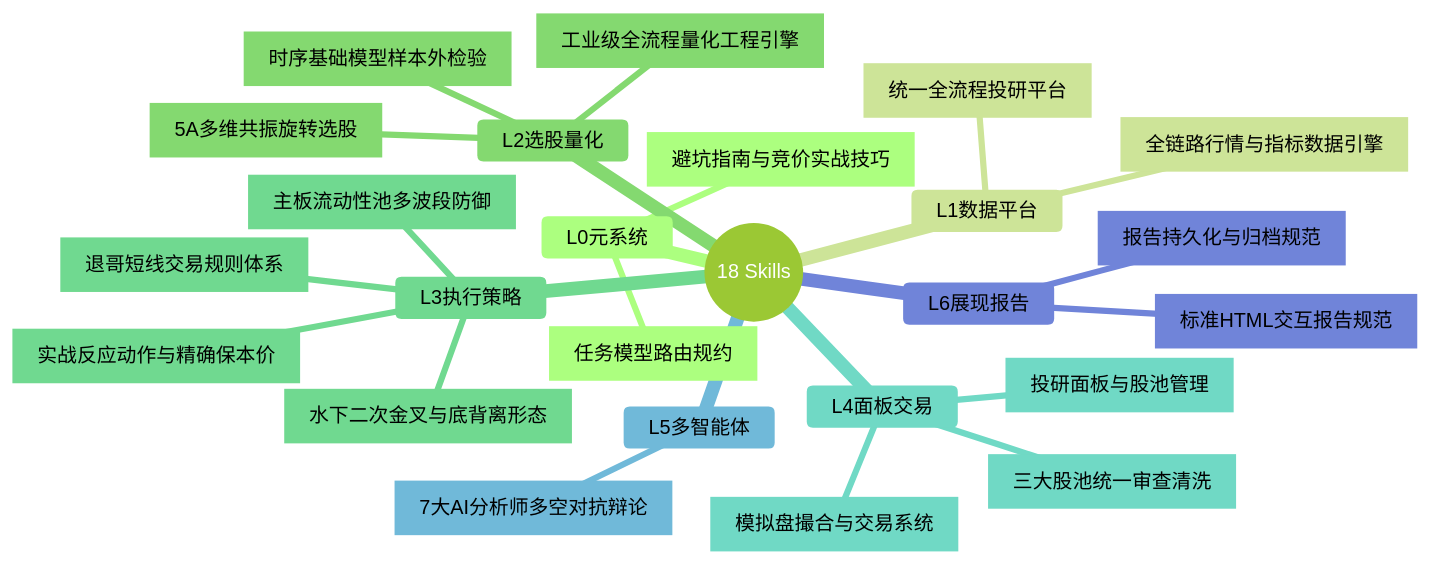
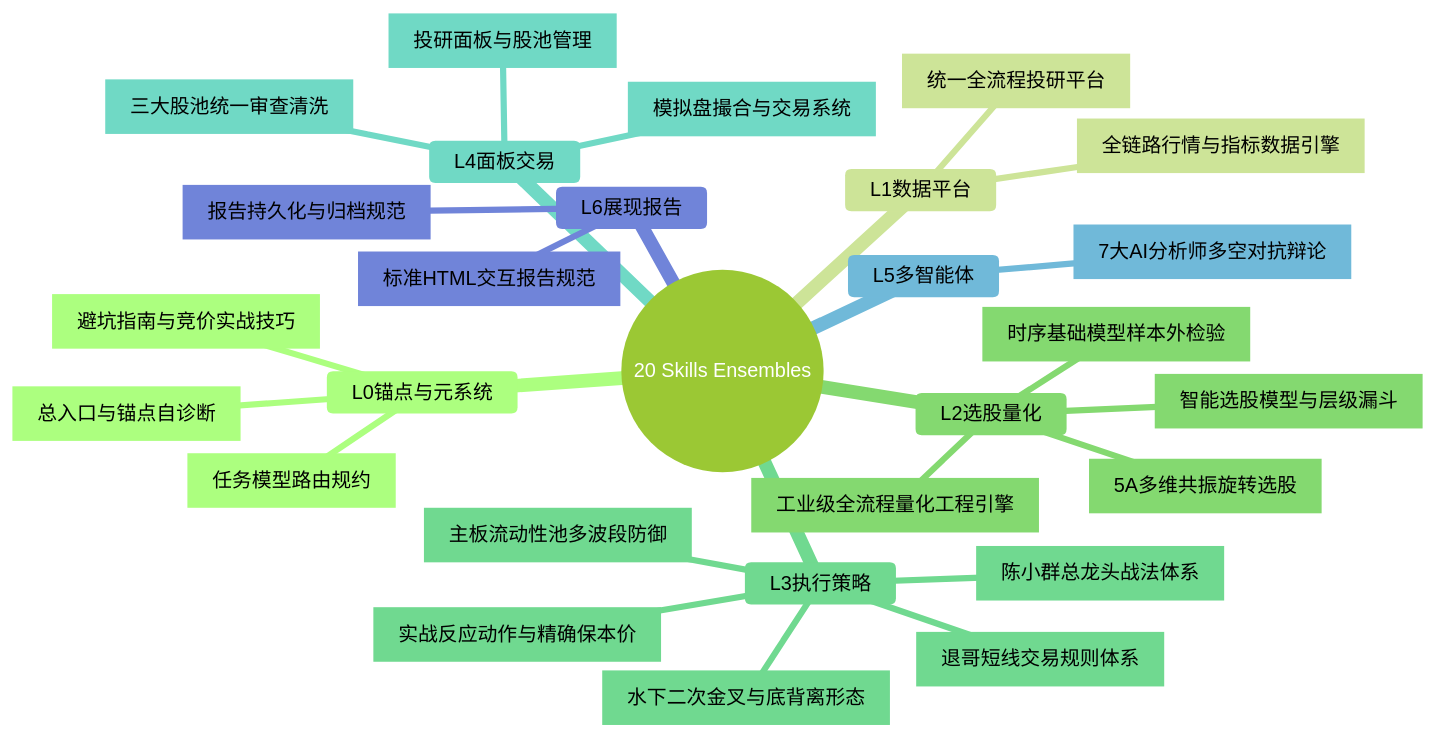
One commit to cvdnn/a_stock_agents changed the second of 3 diagrams in docs/index.md. Above: the diagram before and after it, drawn with Mermaid (forest theme). The commit also changed other lines of this file and 13 other files, not shown here.

````diff
--- a/docs/index.md
+++ b/docs/index.md
@@ -283,28 +288,31 @@
 ```mermaid
 mindmap
-  root((18 Skills))
-    L0元系统
+  root((20 Skills Ensembles))
+    L0锚点与元系统
+      a-stock-agents[总入口与锚点自诊断]
       astock-meta-routing[任务模型路由规约]
       astock-knowledge-tips[避坑指南与竞价实战技巧]
     L1数据平台
       astock-data-feed[全链路行情与指标数据引擎]
       astock-platform-evaluate[统一全流程投研平台]
     L2选股量化
       astock-screener-5a[5A多维共振旋转选股]
+      astock-selection-model[智能选股模型与层级漏斗]
       astock-quant-engine[工业级全流程量化工程引擎]
       astock-model-validation[时序基础模型样本外检验]
     L3执行策略
       astock-action-execution[实战反应动作与精确保本价]
+      astock-strategy-chenxiaoqun[陈小群总龙头战法体系]
       astock-strategy-mainboard[主板流动性池多波段防御]
       astock-strategy-tuige[退哥短线交易规则体系]
       astock-strategy-macd[水下二次金叉与底背离形态]
     L4面板交易
       astock-pool-dashboard[投研面板与股池管理]
       astock-pool-audit[三大股池统一审查清洗]
       astock-trade-paper[模拟盘撮合与交易系统]
     L5多智能体
       astock-agent-debate[7大AI分析师多空对抗辩论]
     L6展现报告
       astock-report-html[标准HTML交互报告规范]
       astock-report-archive[报告持久化与归档规范]
 ```
````
